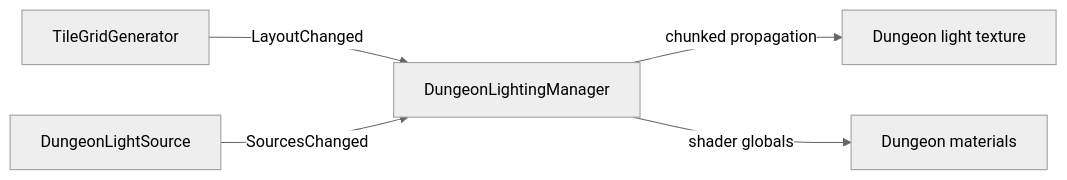
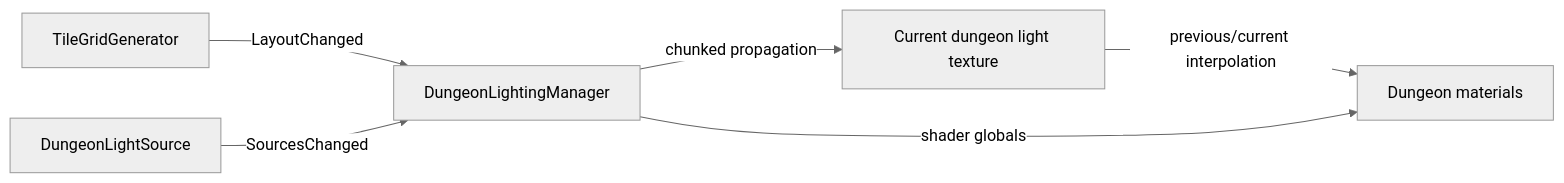
One commit to danielbodunov/DungeonSim changed the diagram in docs/Architecture/Lighting.md. Above: the diagram before and after it, drawn with Mermaid (neutral theme). The commit also changed other lines of this file and 6 other files, not shown here.

````diff
--- a/docs/Architecture/Lighting.md
+++ b/docs/Architecture/Lighting.md
@@ -14,7 +14,8 @@
 ```mermaid
 flowchart LR
     TileGridGenerator -->|LayoutChanged| DungeonLightingManager
     DungeonLightSource -->|SourcesChanged| DungeonLightingManager
-    DungeonLightingManager -->|chunked propagation| LightTexture[Dungeon light texture]
+    DungeonLightingManager -->|chunked propagation| CurrentTexture[Current dungeon light texture]
+    CurrentTexture -->|previous/current interpolation| Materials[Dungeon materials]
     DungeonLightingManager -->|shader globals| Materials[Dungeon materials]
 ```
````
